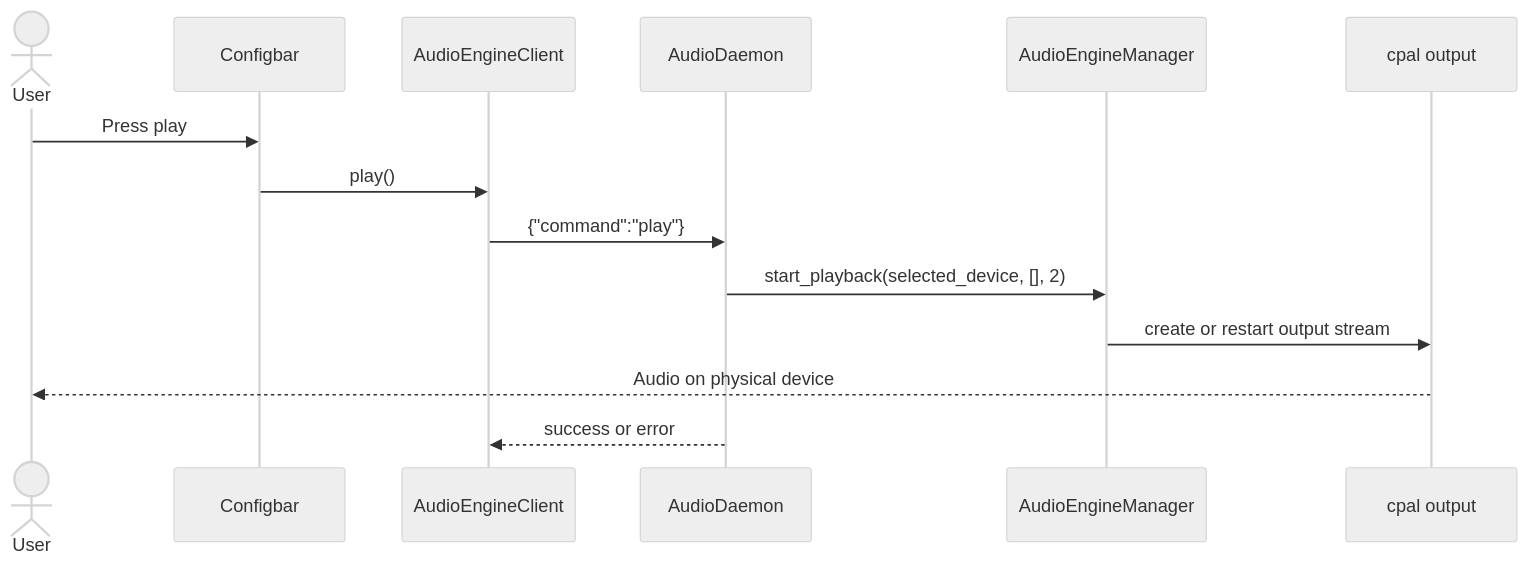
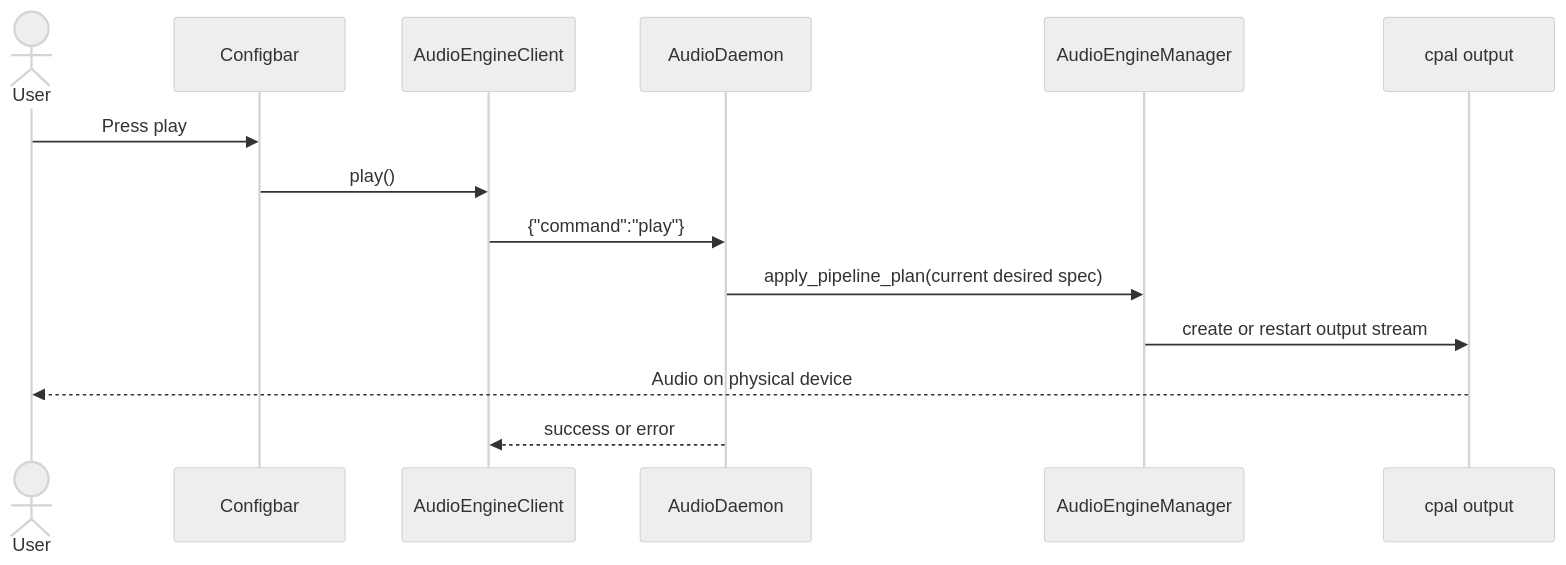
Before and after one commit to pierreaubert/sotf: the fifth of 13 diagrams in crates/systemwide/ARCHITECTURE.md, drawn with Mermaid (neutral theme). The commit also changed other lines of this file and 57 other files, not shown here.

````diff
--- a/crates/systemwide/ARCHITECTURE.md
+++ b/crates/systemwide/ARCHITECTURE.md
@@ -450,17 +489,17 @@
 ```mermaid
 sequenceDiagram
     actor User
     participant Toolbar as Configbar
     participant Client as AudioEngineClient
     participant Daemon as AudioDaemon
     participant Engine as AudioEngineManager
     participant Cpal as cpal output
 
     User->>Toolbar: Press play
     Toolbar->>Client: play()
     Client->>Daemon: {"command":"play"}
-    Daemon->>Engine: start_playback(selected_device, [], 2)
+    Daemon->>Engine: apply_pipeline_plan(current desired spec)
     Engine->>Cpal: create or restart output stream
     Cpal-->>User: Audio on physical device
     Daemon-->>Client: success or error
 ```
````
